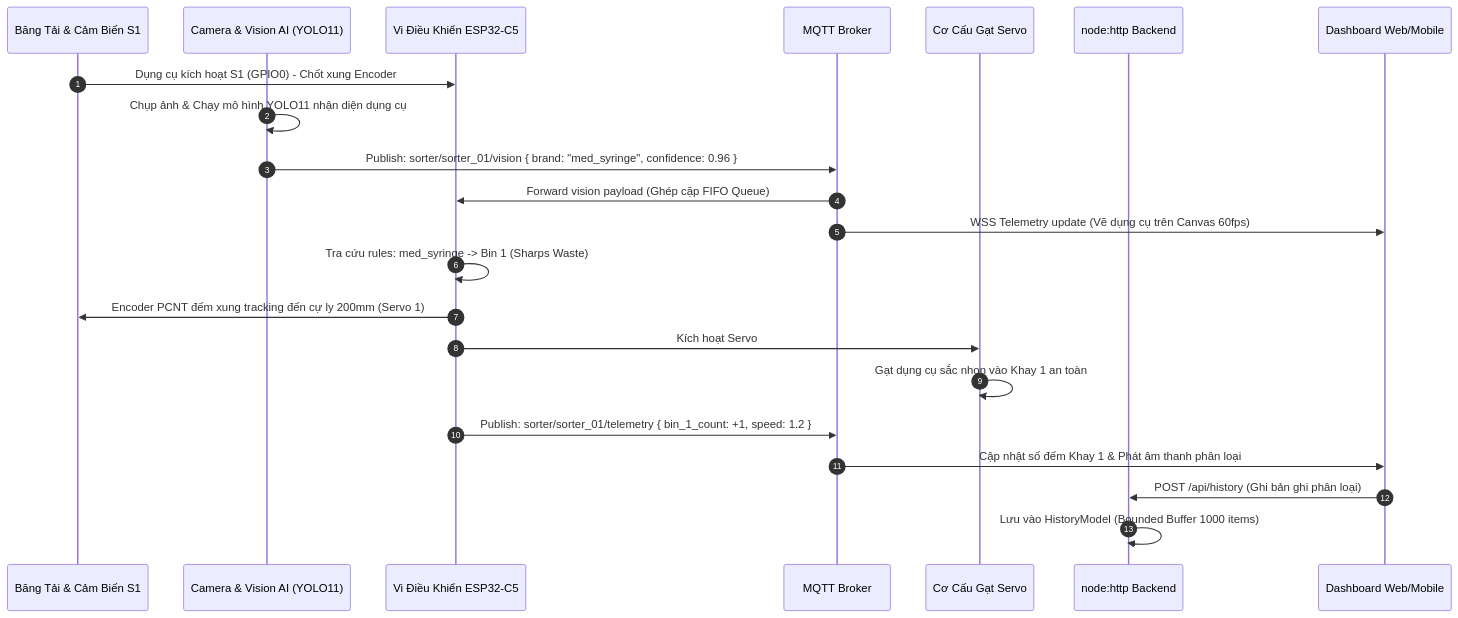
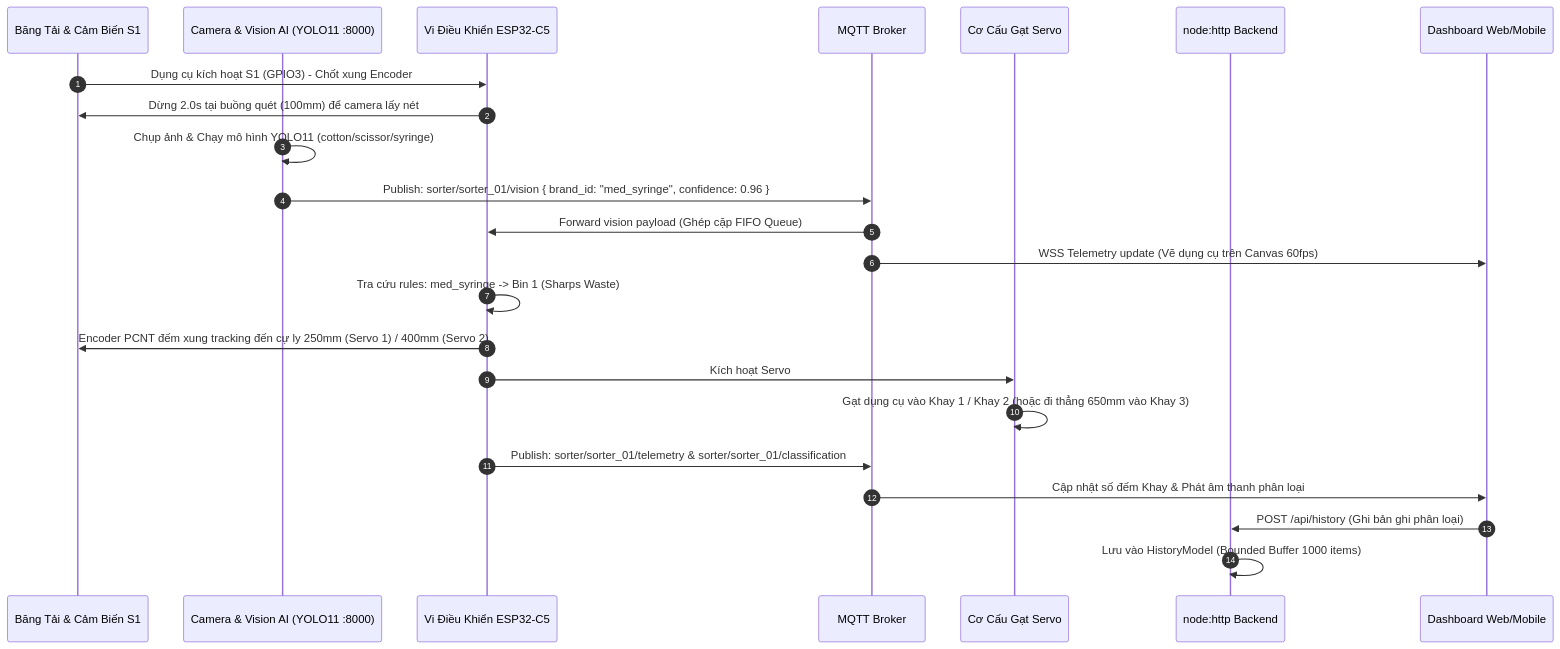
Before and after one commit to duyphong375/PBL3-SortiX-Med: the first of 5 diagrams in SortiX-Dashboard/docs/architecture.md, drawn with Mermaid. The commit also changed other lines of this file and 3111 other files, not shown here.

Commit message:
feat(v3.4.0): integrate 3-class YOLO11 AI camera server, update ESP32-C5 firmware calibration & GPIO7, sync SCADA dashboard, and add Khoidong scripts

````diff
--- a/SortiX-Dashboard/docs/architecture.md
+++ b/SortiX-Dashboard/docs/architecture.md
@@ -221,29 +220,30 @@
 ```mermaid
 sequenceDiagram
     autonumber
     participant Belt as Băng Tải & Cảm Biến S1
-    participant Cam as Camera & Vision AI (YOLO11)
+    participant Cam as Camera & Vision AI (YOLO11 :8000)
     participant ESP as Vi Điều Khiển ESP32-C5
     participant Broker as MQTT Broker
     participant Servo as Cơ Cấu Gạt Servo
     participant Server as node:http Backend
     participant UI as Dashboard Web/Mobile
 
-    Belt->>ESP: Dụng cụ kích hoạt S1 (GPIO0) - Chốt xung Encoder
-    Cam->>Cam: Chụp ảnh & Chạy mô hình YOLO11 nhận diện dụng cụ
-    Cam->>Broker: Publish: sorter/sorter_01/vision { brand: "med_syringe", confidence: 0.96 }
+    Belt->>ESP: Dụng cụ kích hoạt S1 (GPIO3) - Chốt xung Encoder
+    ESP->>Belt: Dừng 2.0s tại buồng quét (100mm) để camera lấy nét
+    Cam->>Cam: Chụp ảnh & Chạy mô hình YOLO11 (cotton/scissor/syringe)
+    Cam->>Broker: Publish: sorter/sorter_01/vision { brand_id: "med_syringe", confidence: 0.96 }
     Broker->>ESP: Forward vision payload (Ghép cặp FIFO Queue)
     Broker->>UI: WSS Telemetry update (Vẽ dụng cụ trên Canvas 60fps)
     
     ESP->>ESP: Tra cứu rules: med_syringe -> Bin 1 (Sharps Waste)
-    ESP->>Belt: Encoder PCNT đếm xung tracking đến cự ly 200mm (Servo 1)
+    ESP->>Belt: Encoder PCNT đếm xung tracking đến cự ly 250mm (Servo 1) / 400mm (Servo 2)
     
-    ESP->>Servo: Kích hoạt Servo #1 (GPIO6) gạt phôi non-blocking
-    Servo->>Servo: Gạt dụng cụ sắc nhọn vào Khay 1 an toàn
+    ESP->>Servo: Kích hoạt Servo #1 (GPIO6) hoặc Servo #2 (GPIO7) non-blocking
+    Servo->>Servo: Gạt dụng cụ vào Khay 1 / Khay 2 (hoặc đi thẳng 650mm vào Khay 3)
     
-    ESP->>Broker: Publish: sorter/sorter_01/telemetry { bin_1_count: +1, speed: 1.2 }
-    Broker->>UI: Cập nhật số đếm Khay 1 & Phát âm thanh phân loại
+    ESP->>Broker: Publish: sorter/sorter_01/telemetry & sorter/sorter_01/classification
+    Broker->>UI: Cập nhật số đếm Khay & Phát âm thanh phân loại
     
     UI->>Server: POST /api/history (Ghi bản ghi phân loại)
     Server->>Server: Lưu vào HistoryModel (Bounded Buffer 1000 items)
 ```
````
